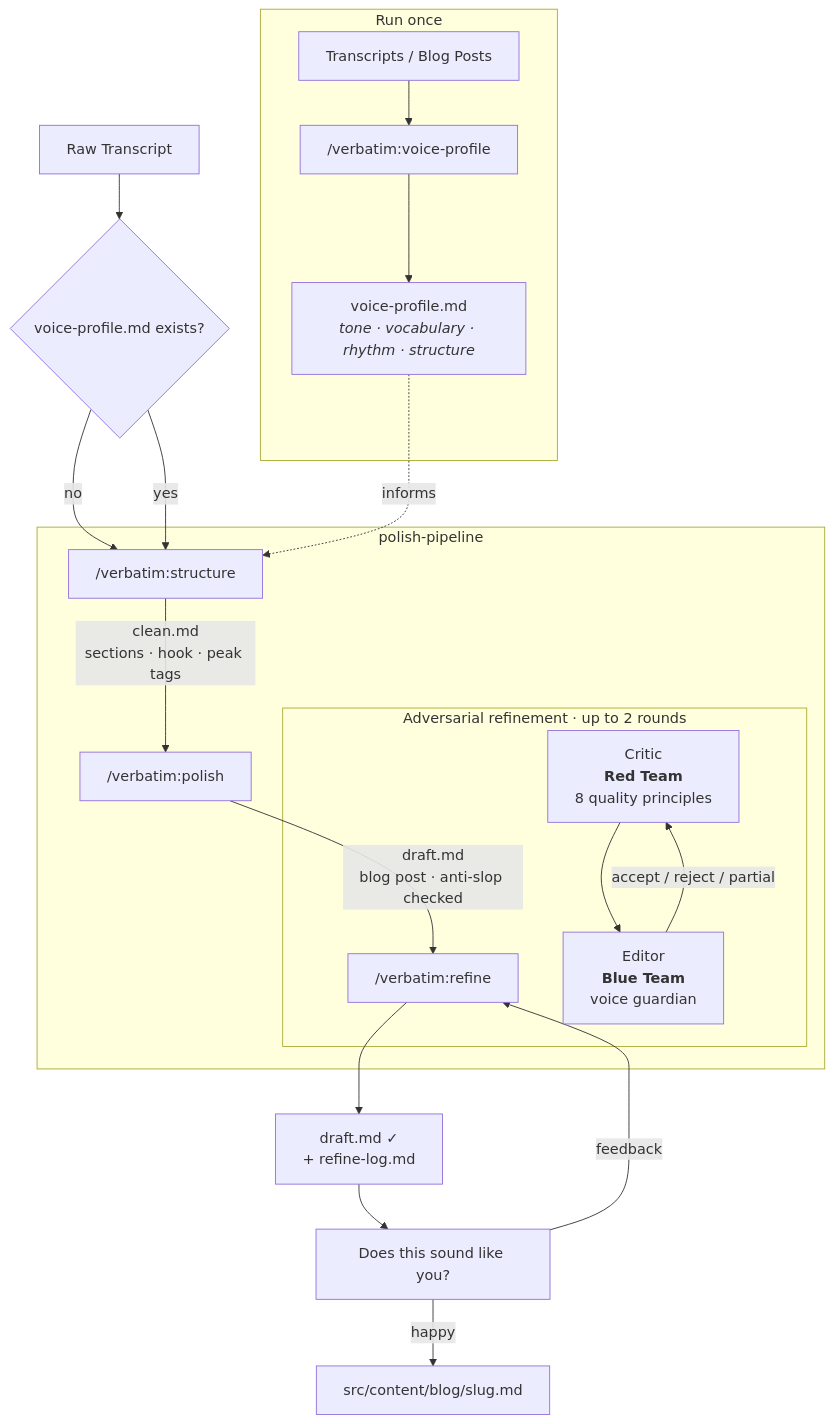
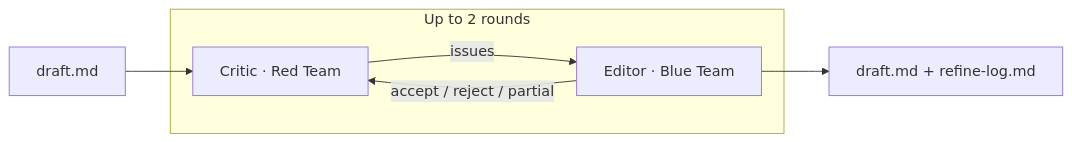
Before and after one commit to jesgarram/verbatim: the second of 2 diagrams in README.md, drawn with Mermaid. The commit also changed other lines of this file, not shown here.

Commit message:
Simplify Mermaid diagrams: split into pipeline overview and refine detail

````diff
--- a/README.md
+++ b/README.md
@@ -11,29 +28,9 @@
 ```mermaid
-flowchart TD
-    T[Raw Transcript] --> VP{voice-profile.md exists?}
-    VP -->|no| S
-    VP -->|yes| S
-
-    subgraph one-time ["Run once"]
-        samples[Transcripts / Blog Posts] --> VProfile["/verbatim:voice-profile"]
-        VProfile --> VPFile["voice-profile.md<br/><i>tone · vocabulary · rhythm · structure</i>"]
+flowchart LR
+    Draft[draft.md] --> Critic
+    subgraph refine ["Up to 2 rounds"]
+        Critic["Critic · Red Team"] -->|issues| Editor["Editor · Blue Team"]
+        Editor -->|accept / reject / partial| Critic
     end
-
-    VPFile -.->|informs| S
-
-    subgraph pipeline ["polish-pipeline"]
-        S["/verbatim:structure"] -->|"clean.md<br/>sections · hook · peak tags"| P
-        P["/verbatim:polish"] -->|"draft.md<br/>blog post · anti-slop checked"| R
-
-        subgraph adversarial ["Adversarial refinement · up to 2 rounds"]
-            R["/verbatim:refine"]
-            Critic["Critic<br/><b>Red Team</b><br/>8 quality principles"] --> Editor["Editor<br/><b>Blue Team</b><br/>voice guardian"]
-            Editor -->|accept / reject / partial| Critic
-        end
-    end
-
-    R --> Draft["draft.md ✓<br/>+ refine-log.md"]
-    Draft --> You["Does this sound like you?"]
-    You -->|happy| Blog["src/content/blog/slug.md"]
-    You -->|feedback| R
+    Editor --> Final[draft.md + refine-log.md]
 ```
````
